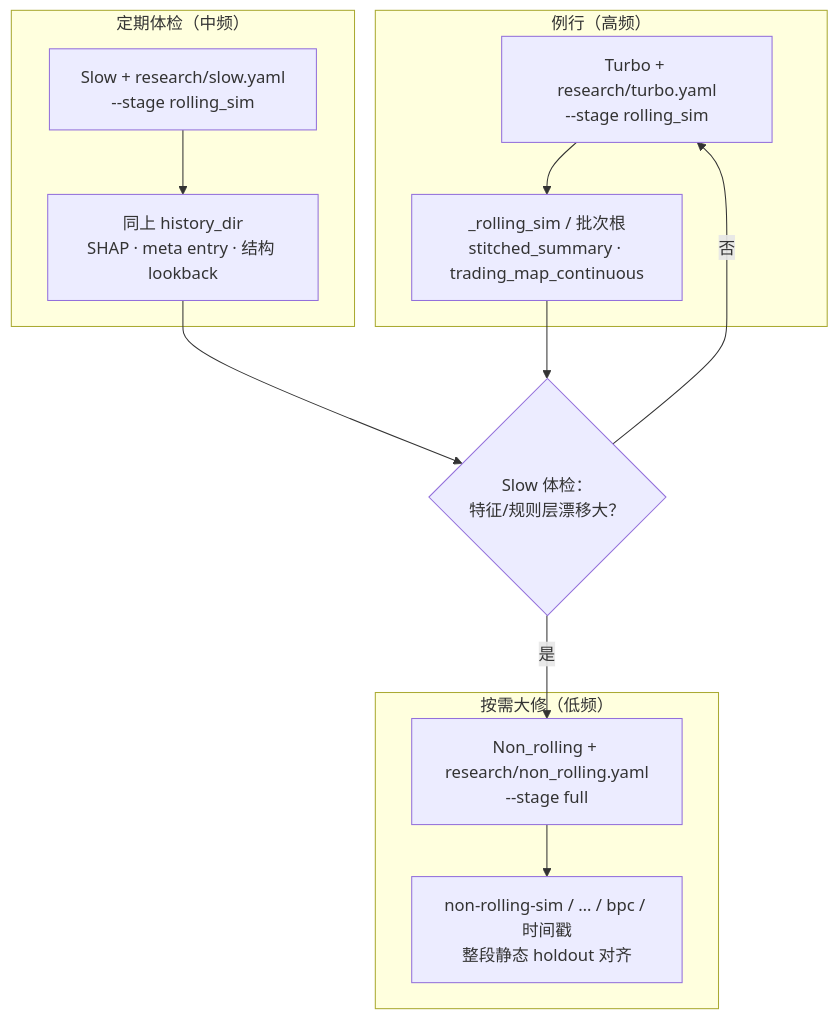
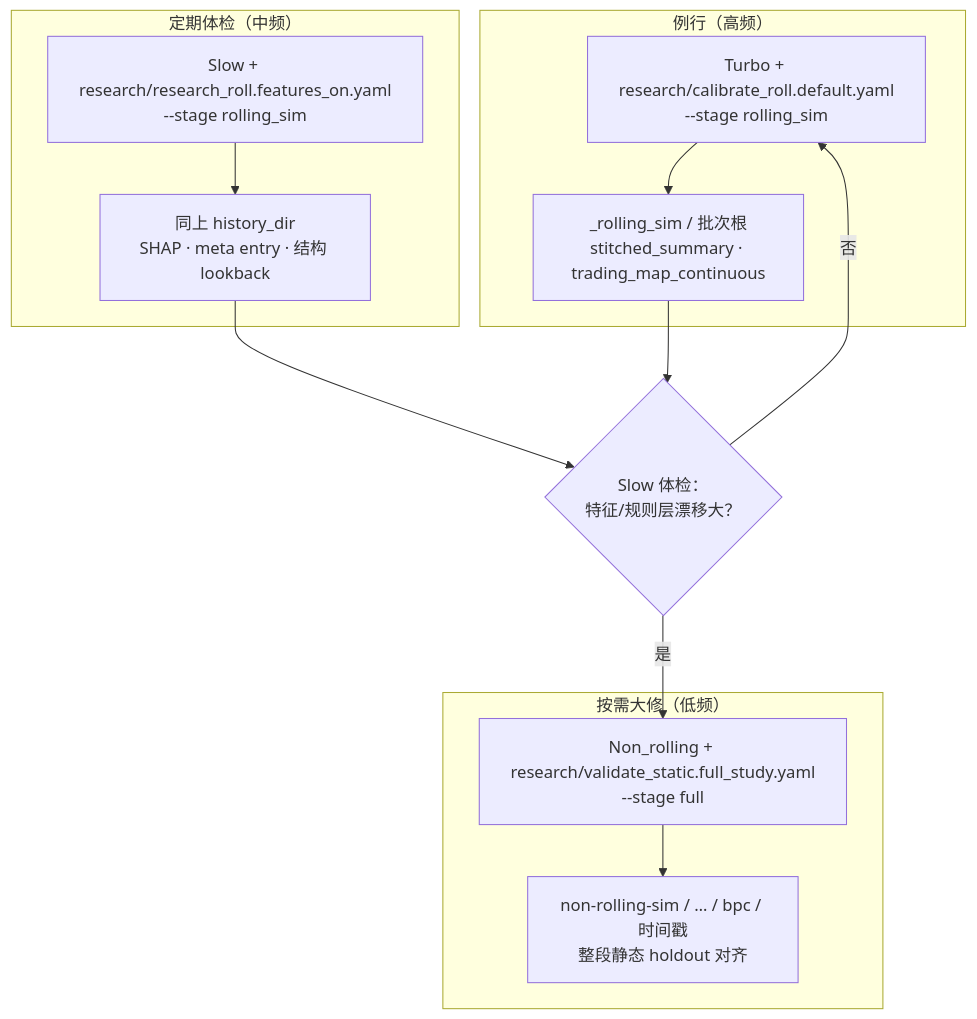
The first of 4 diagrams in README_CN.md (SnYang096/ml-trading-bot), drawn with Mermaid before and after one commit. The commit also changed other lines of this file and 62 other files, not shown here.

First line of the commit message:
Align research YAML on packaged stems and multileg config resolution

````diff
--- a/README_CN.md
+++ b/README_CN.md
@@ -377,23 +377,23 @@
 ```mermaid
 flowchart TB
   subgraph routine["例行（高频）"]
-    T["Turbo + research/turbo.yaml\n--stage rolling_sim"]
+    T["Turbo + research/calibrate_roll.default.yaml\n--stage rolling_sim"]
     T --> TR["_rolling_sim / 批次根\nstitched_summary · trading_map_continuous"]
   end
 
   subgraph periodic["定期体检（中频）"]
-    S["Slow + research/slow.yaml\n--stage rolling_sim"]
+    S["Slow + research/research_roll.features_on.yaml\n--stage rolling_sim"]
     S --> SR["同上 history_dir\nSHAP · meta entry · 结构 lookback"]
   end
 
   subgraph heavy["按需大修（低频）"]
-    N["Non_rolling + research/non_rolling.yaml\n--stage full"]
+    N["Non_rolling + research/validate_static.full_study.yaml\n--stage full"]
     N --> NR["non-rolling-sim / … / bpc / 时间戳\n整段静态 holdout 对齐"]
   end
 
   TR --> Q{"Slow 体检：\n特征/规则层漂移大？"}
   Q -->|否| T
   Q -->|是| N
 
   SR --> Q
 ```
````
